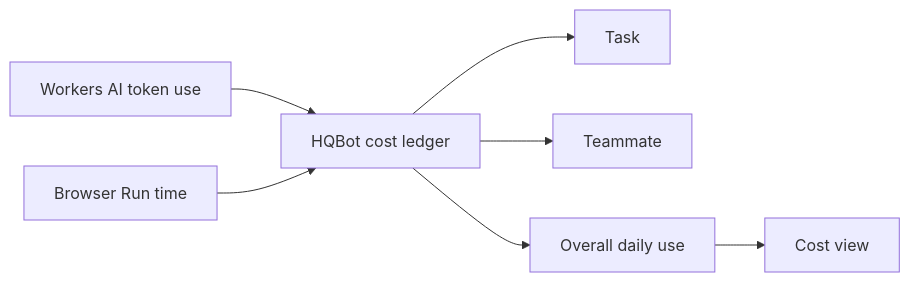
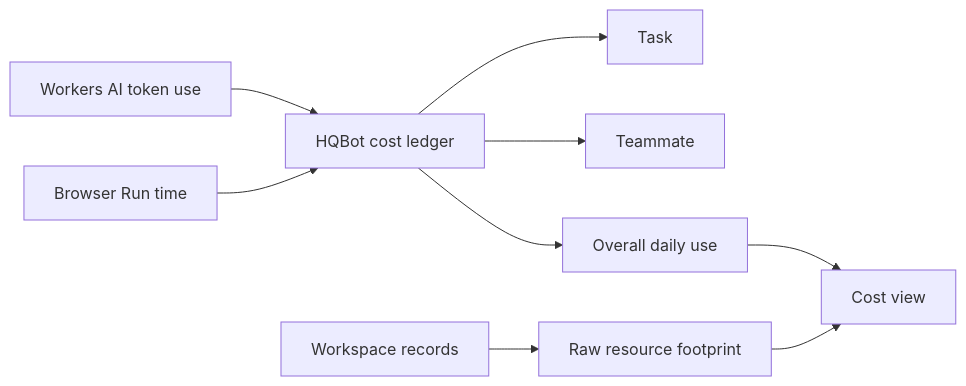
Before and after one commit to HQBase/hqbot: the diagram in docs/costs.md, drawn with Mermaid. The commit also changed other lines of this file and 9 other files, not shown here.

Commit message:
feat: show Cloudflare resource footprint by teammate

````diff
--- a/docs/costs.md
+++ b/docs/costs.md
@@ -3,9 +3,11 @@
 ```mermaid
 flowchart LR
   Model[Workers AI token use] --> Ledger[HQBot cost ledger]
   Browser[Browser Run time] --> Ledger
   Ledger --> Task[Task]
   Ledger --> Bot[Teammate]
   Ledger --> Total[Overall daily use]
   Total --> UI[Cost view]
+  Records[Workspace records] --> Footprint[Raw resource footprint]
+  Footprint --> UI
 ```
````
